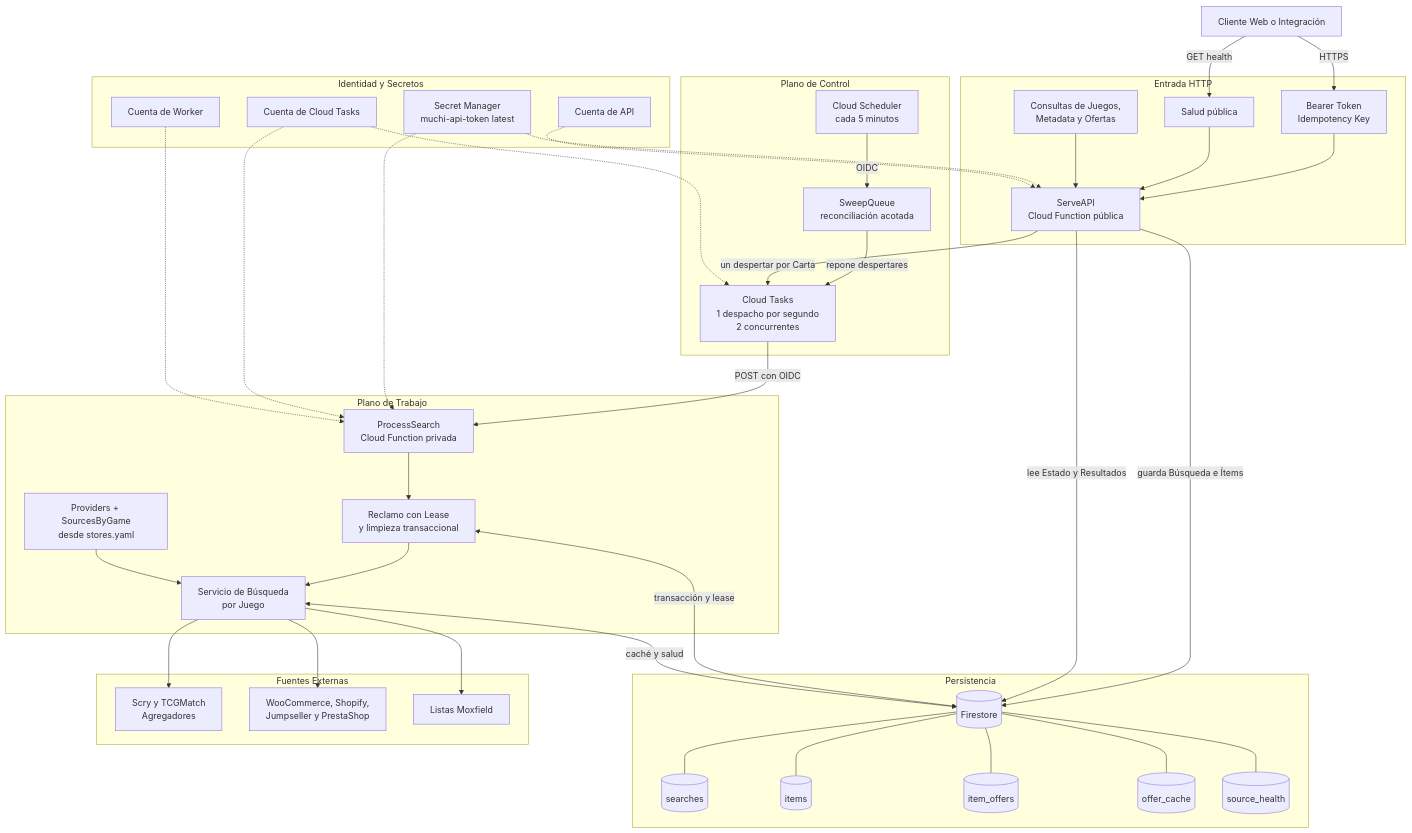
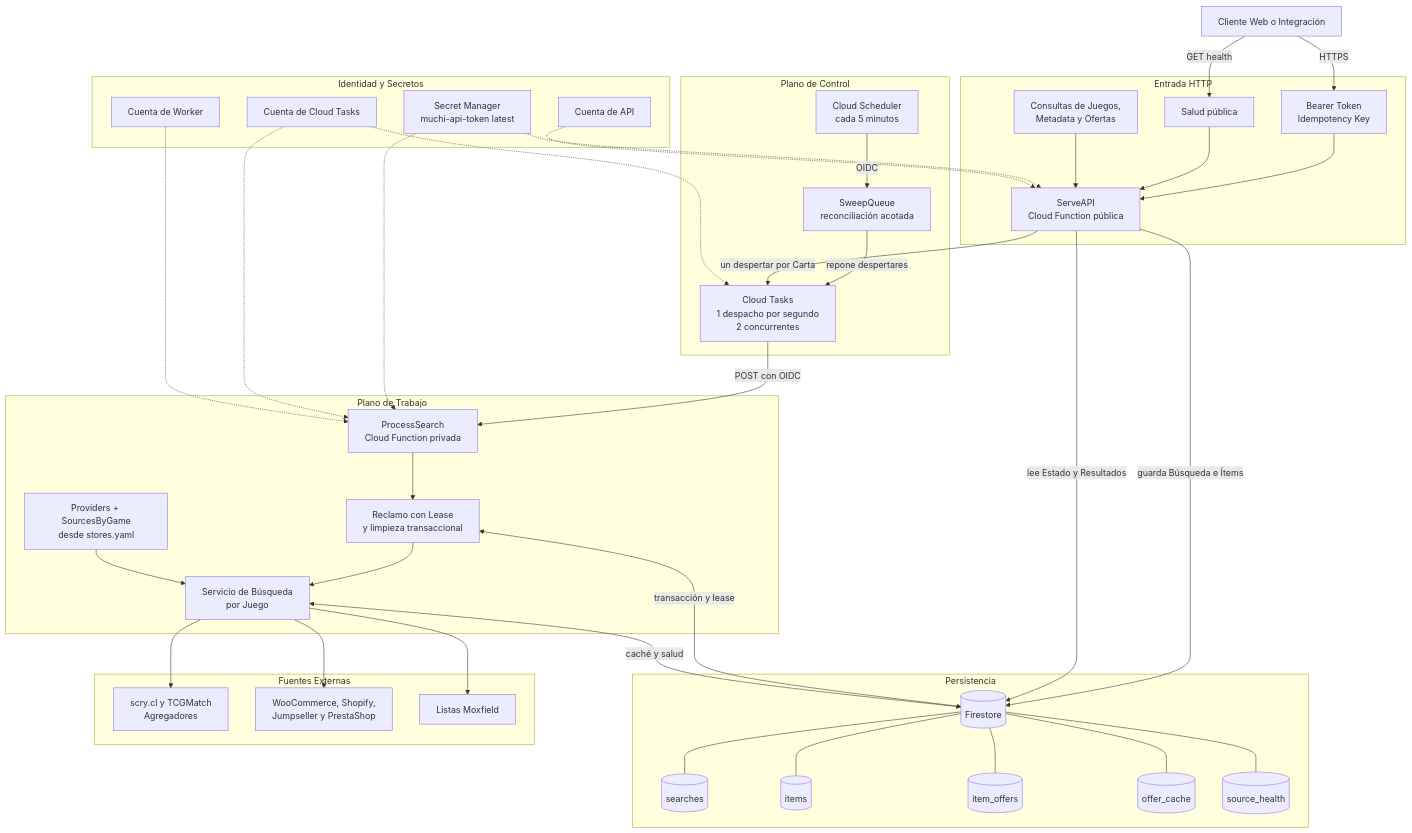
Before and after one commit to metaliaw/muchi: the first of 2 diagrams in backend/docs/arquitectura.md, drawn with Mermaid. The commit also changed other lines of this file and 68 other files, not shown here.

````diff
--- a/backend/docs/arquitectura.md
+++ b/backend/docs/arquitectura.md
@@ -26,76 +26,76 @@
 ```mermaid
 flowchart TB
     user[Cliente Web o Integración]
 
     subgraph edge[Entrada HTTP]
         api[ServeAPI<br/>Cloud Function pública]
         auth[Bearer Token<br/>Idempotency Key]
         health[Salud pública]
       cards[Consultas de Juegos,<br/>Metadata y Ofertas]
         auth --> api
         health --> api
       cards --> api
     end
 
     subgraph control[Plano de Control]
         tasks[Cloud Tasks<br/>1 despacho por segundo<br/>2 concurrentes]
         scheduler[Cloud Scheduler<br/>cada 5 minutos]
         sweeper[SweepQueue<br/>reconciliación acotada]
         scheduler -->|OIDC| sweeper
         sweeper -->|repone despertares| tasks
     end
 
     subgraph work[Plano de Trabajo]
         worker[ProcessSearch<br/>Cloud Function privada]
         claim[Reclamo con Lease<br/>y limpieza transaccional]
       search[Servicio de Búsqueda<br/>por Juego]
       compose[Providers + SourcesByGame<br/>desde stores.yaml]
         worker --> claim --> search
       compose --> search
     end
 
     subgraph data[Persistencia]
         firestore[(Firestore)]
         searches[(searches)]
         items[(items)]
         offers[(item_offers)]
         cache[(offer_cache)]
         healthStore[(source_health)]
         firestore --- searches
         firestore --- items
         firestore --- offers
         firestore --- cache
         firestore --- healthStore
     end
 
     subgraph providers[Fuentes Externas]
-      aggregators[Scry y TCGMatch<br/>Agregadores]
+      aggregators[scry.cl y TCGMatch<br/>Agregadores]
       stores[WooCommerce, Shopify,<br/>Jumpseller y PrestaShop]
         lists[Listas Moxfield]
     end
 
     subgraph security[Identidad y Secretos]
         secret[Secret Manager<br/>muchi-api-token latest]
         taskIdentity[Cuenta de Cloud Tasks]
         apiIdentity[Cuenta de API]
         workerIdentity[Cuenta de Worker]
     end
 
     user -->|HTTPS| auth
     user -->|GET health| health
     api -->|guarda Búsqueda e Ítems| firestore
     api -->|un despertar por Carta| tasks
     api -->|lee Estado y Resultados| firestore
     tasks -->|POST con OIDC| worker
     claim <-->|transacción y lease| firestore
     search <-->|caché y salud| firestore
     search --> aggregators
     search --> stores
     search --> lists
     secret -.-> api
     secret -.-> worker
     taskIdentity -.-> tasks
     taskIdentity -.-> worker
     apiIdentity -.-> api
     workerIdentity -.-> worker
 ```
````
